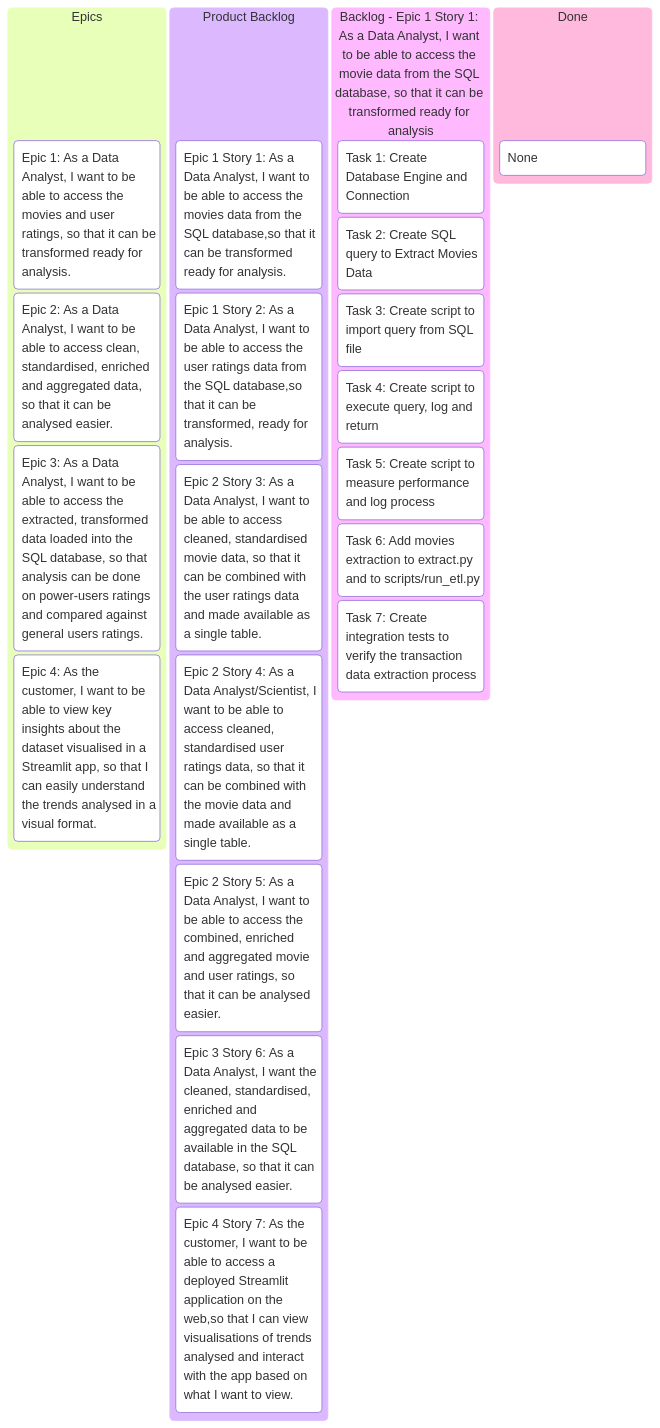
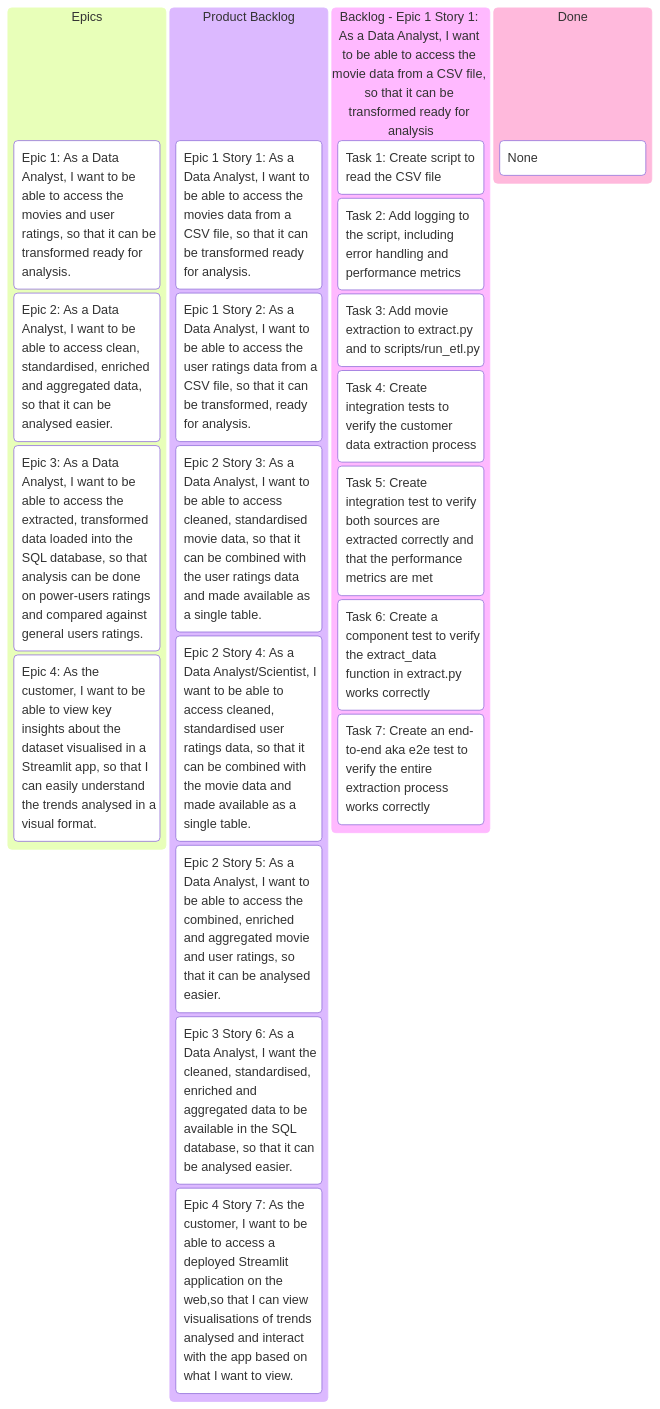
Before and after one commit to budaejji/Letterboxd-Capstone: the diagram in README.md, drawn with Mermaid. The commit also changed other lines of this file, not shown here.

````diff
--- a/README.md
+++ b/README.md
@@ -269,26 +269,26 @@
 ```mermaid
 kanban
     Epics
         (Epic 1: As a Data Analyst, I want to be able to access the movies and user ratings, so that it can be transformed ready for analysis.)
         (Epic 2: As a Data Analyst, I want to be able to access clean, standardised, enriched and aggregated data, so that it can be analysed easier.)
         (Epic 3: As a Data Analyst, I want to be able to access the extracted, transformed data loaded into the SQL database, so that analysis can be done on power-users ratings and compared against general users ratings.)
         (Epic 4: As the customer, I want to be able to view key insights about the dataset visualised in a Streamlit app, so that I can easily understand the trends analysed in a visual format.)
     Product Backlog
-        (Epic 1 Story 1: As a Data Analyst, I want to be able to access the movies data from the SQL database,so that it can be transformed ready for analysis.)
-        (Epic 1 Story 2: As a Data Analyst, I want to be able to access the user ratings data from the SQL database,so that it can be transformed, ready for analysis.)
+        (Epic 1 Story 1: As a Data Analyst, I want to be able to access the movies data from a CSV file, so that it can be transformed ready for analysis.)
+        (Epic 1 Story 2: As a Data Analyst, I want to be able to access the user ratings data from a CSV file, so that it can be transformed, ready for analysis.)
         (Epic 2 Story 3: As a Data Analyst, I want to be able to access cleaned, standardised movie data, so that it can be combined with the user ratings data and made available as a single table.)
         (Epic 2 Story 4: As a Data Analyst/Scientist, I want to be able to access cleaned, standardised user ratings data, so that it can be combined with the movie data and made available as a single table.)
         (Epic 2 Story 5: As a Data Analyst, I want to be able to access the combined, enriched and aggregated movie and user ratings, so that it can be analysed easier.)
         (Epic 3 Story 6: As a Data Analyst, I want the cleaned, standardised, enriched and aggregated data to be available in the SQL database, so that it can be analysed easier.)
         (Epic 4 Story 7: As the customer, I want to be able to access a deployed Streamlit application on the web,so that I can view visualisations of trends analysed and interact with the app based on what I want to view.)
-    (Backlog - Epic 1 Story 1: As a Data Analyst, I want to be able to access the movie data from the SQL database, so that it can be transformed ready for analysis)
-        Task 1: Create Database Engine and Connection
-        Task 2: Create SQL query to Extract Movies Data
-        Task 3: Create script to import query from SQL file
-        Task 4: Create script to execute query, log and return
-        Task 5: Create script to measure performance and log process
-        Task 6: Add movies extraction to extract.py and to scripts/run_etl.py
-        Task 7: Create integration tests to verify the transaction data extraction process
+    (Backlog - Epic 1 Story 1: As a Data Analyst, I want to be able to access the movie data from a CSV file, so that it can be transformed ready for analysis)
+        Task 1: Create script to read the CSV file
+        Task 2: Add logging to the script, including error handling and performance metrics
+        Task 3: Add movie extraction to extract.py and to scripts/run_etl.py
+        Task 4: Create integration tests to verify the customer data extraction process
+        Task 5: Create integration test to verify both sources are extracted correctly and that the performance metrics are met
+        Task 6: Create a component test to verify the extract_data function in extract.py works correctly
+        Task 7: Create an end-to-end aka e2e test to verify the entire extraction process works correctly
     Done
         None
 ```
````
